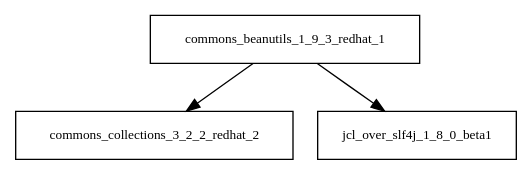
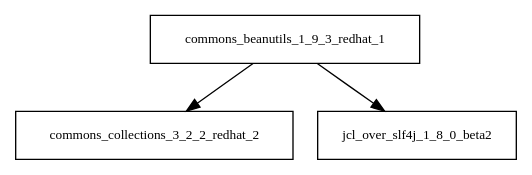
Before and after one commit to sjvs/cia: the diagram in tattleTaleReport/graphviz/commons-beanutils-1.9.3.redhat-1.jar/commons-beanutils-1.9.3.redhat-1.jar.dot, drawn with Graphviz. The commit also changed 2794 other files, not shown here.

```diff
--- a/tattleTaleReport/graphviz/commons-beanutils-1.9.3.redhat-1.jar/commons-beanutils-1.9.3.redhat-1.jar.dot
+++ b/tattleTaleReport/graphviz/commons-beanutils-1.9.3.redhat-1.jar/commons-beanutils-1.9.3.redhat-1.jar.dot
@@ -1,5 +1,5 @@
 digraph commons_beanutils_1_9_3_redhat_1_dependencies {
   node [shape = box, fontsize=10.0];
   commons_beanutils_1_9_3_redhat_1 -> commons_collections_3_2_2_redhat_2;
-  commons_beanutils_1_9_3_redhat_1 -> jcl_over_slf4j_1_8_0_beta1;
+  commons_beanutils_1_9_3_redhat_1 -> jcl_over_slf4j_1_8_0_beta2;
 }
```
